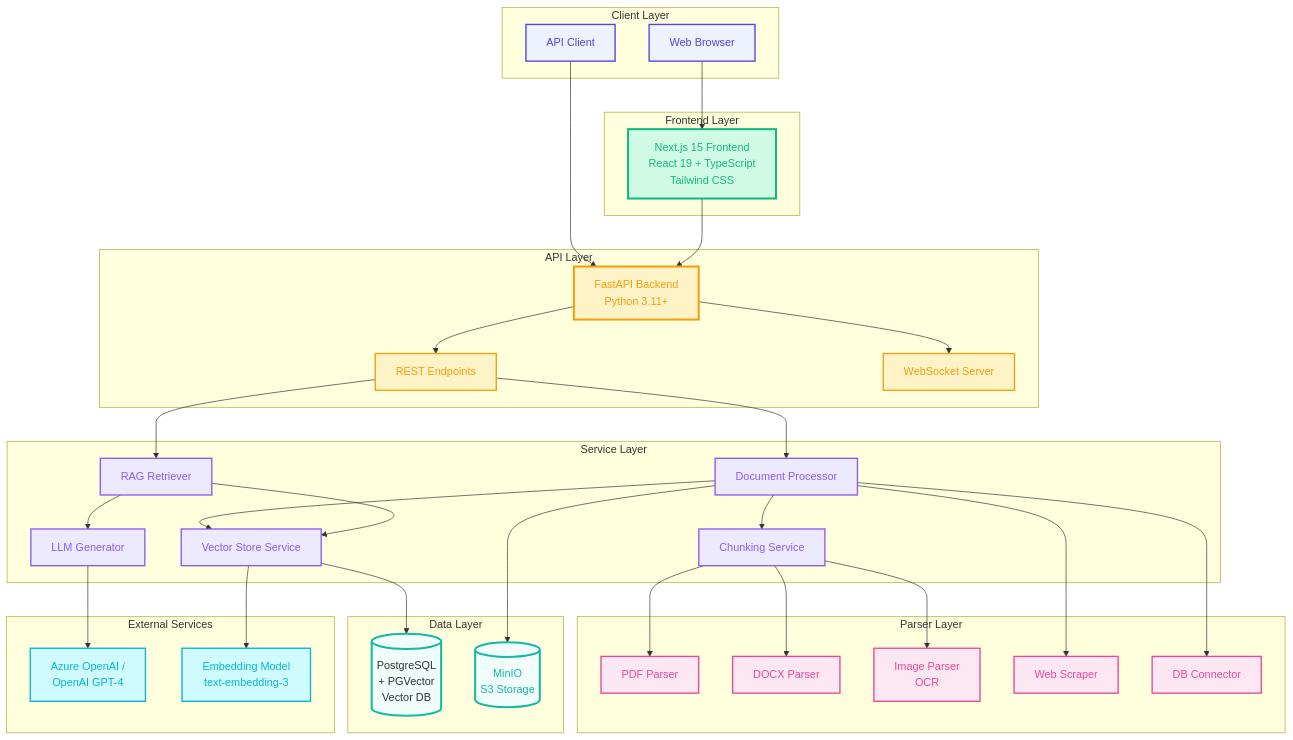
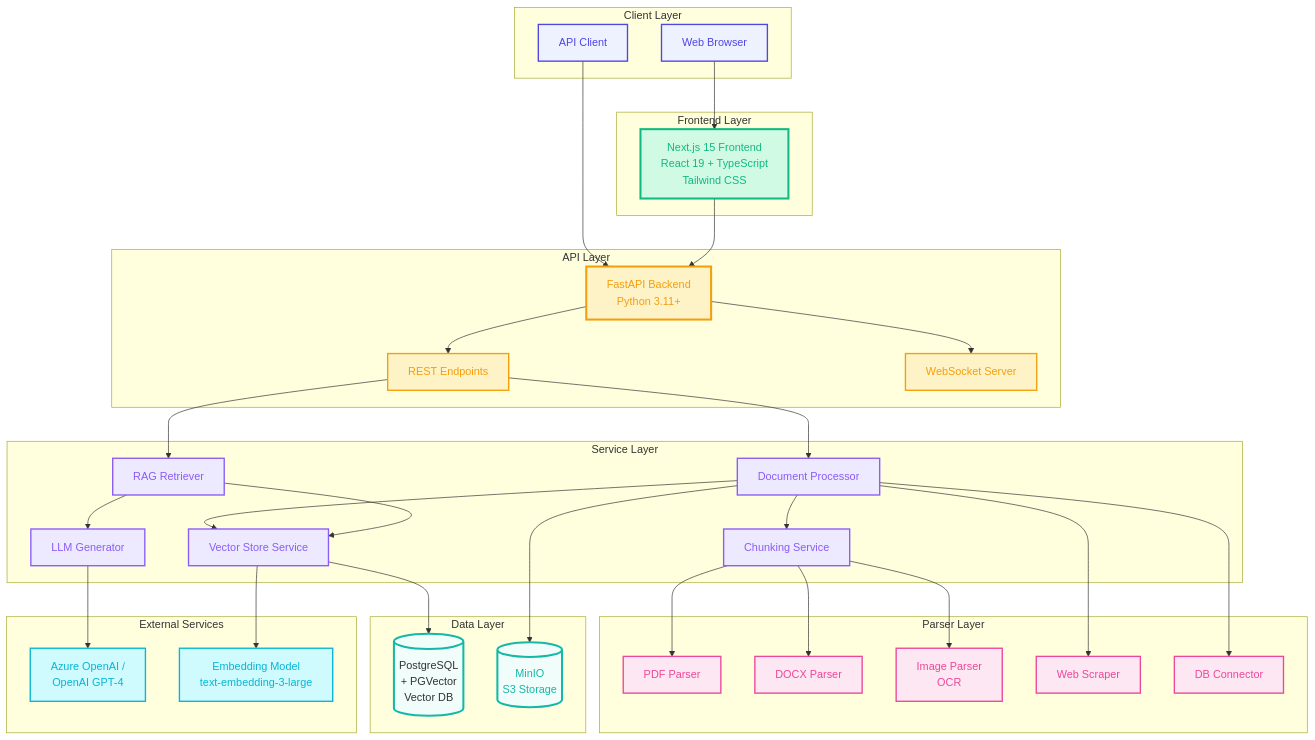
The diagram in README.md (nitin27may/rag), drawn with Mermaid before and after one commit. The commit also changed other lines of this file, not shown here.

```diff
--- a/README.md
+++ b/README.md
@@ -66,7 +66,7 @@
     
     subgraph "External Services"
         Q[<span style='color:#06B6D4'>Azure OpenAI /<br/>OpenAI GPT-4</span>]
-        R[<span style='color:#06B6D4'>Embedding Model<br/>text-embedding-3</span>]
+        R[<span style='color:#06B6D4'>Embedding Model<br/>text-embedding-3-large</span>]
     end
     
     subgraph "Data Layer"
```
